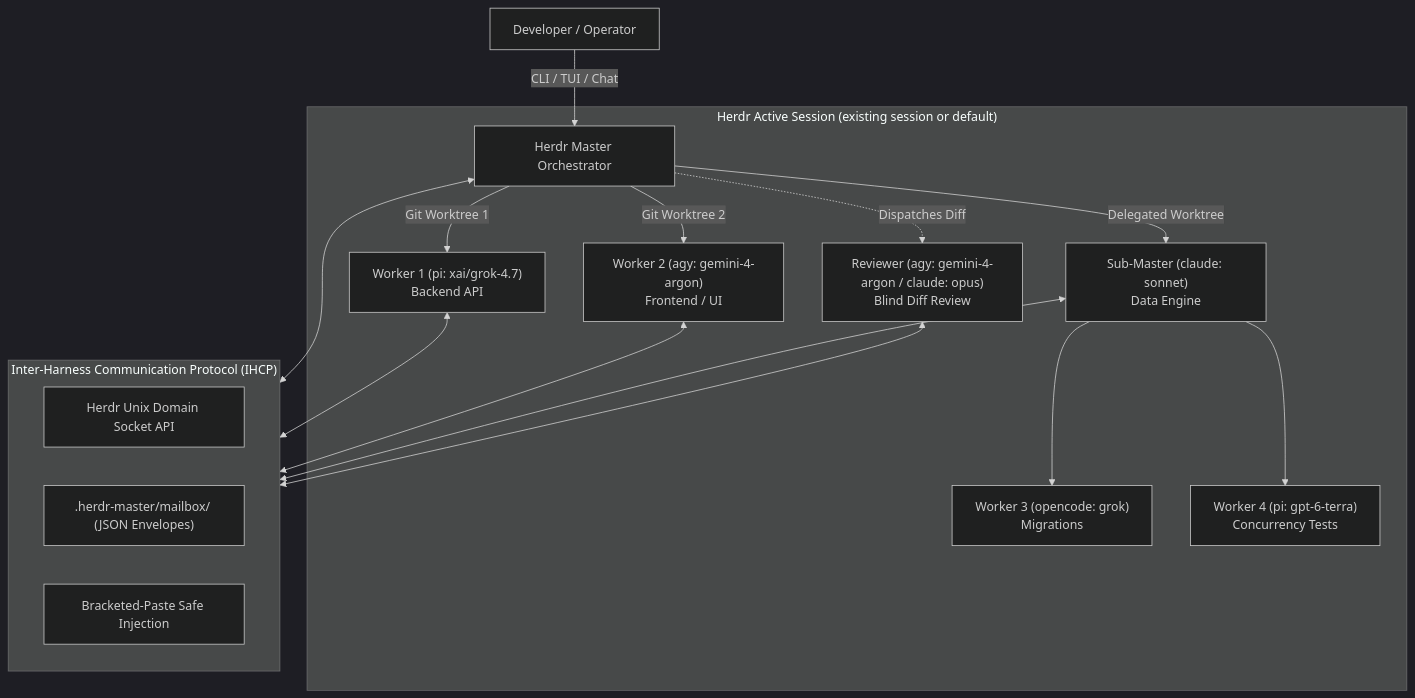
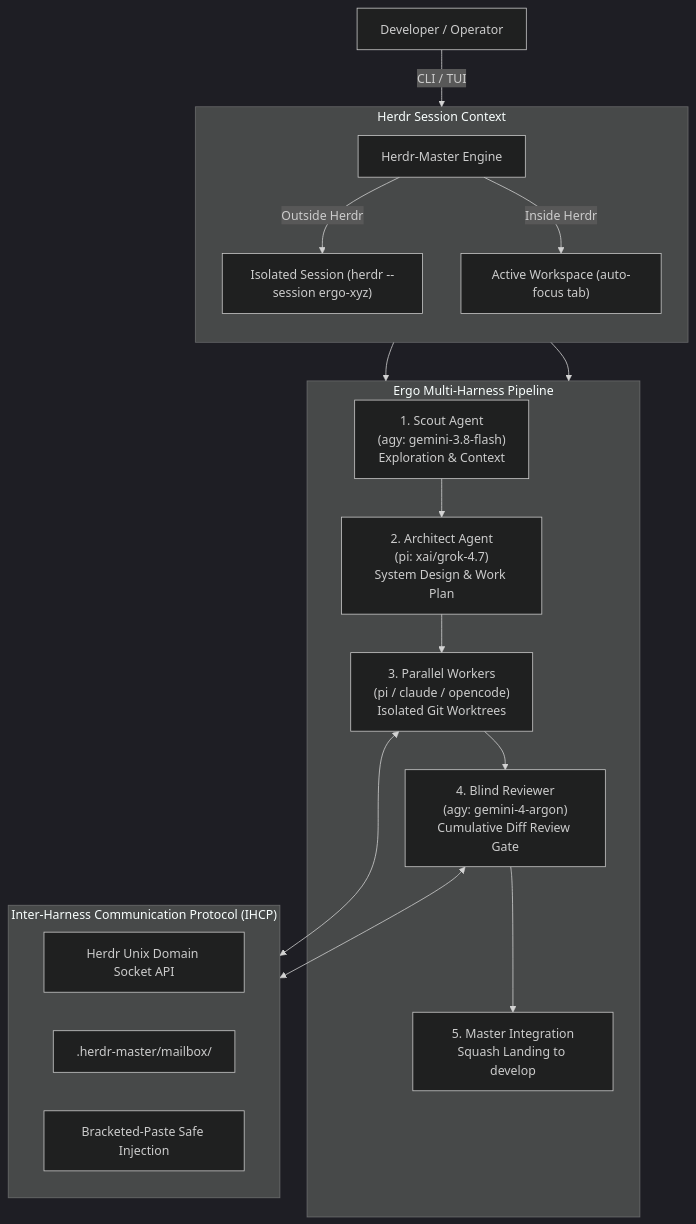
The diagram in README.md (pank85/AiHead-Orchestrator), drawn with Mermaid (dark theme) before and after one commit. The commit also changed other lines of this file, not shown here.

Commit message:
docs: modernize and enrich README with TUI showcase, diagrams, and specs

````diff
--- a/README.md
+++ b/README.md
@@ -36,28 +102,32 @@
 ```mermaid
 graph TD
-    User["Developer / Operator"] -->|CLI / TUI / Chat| Master["Herdr Master Orchestrator"]
+    User["Developer / Operator"] -->|CLI / TUI| Orchestrator["Herdr-Master Engine"]
     
-    subgraph HerdrSession ["Herdr Active Session (existing session or default)"]
-        Master -->|Git Worktree 1| W1["Worker 1 (pi: xai/grok-4.7)<br/>Backend API"]
-        Master -->|Git Worktree 2| W2["Worker 2 (agy: gemini-4-argon)<br/>Frontend / UI"]
-        Master -->|Delegated Worktree| SubM["Sub-Master (claude: sonnet)<br/>Data Engine"]
-        
-        SubM --> W3["Worker 3 (opencode: grok)<br/>Migrations"]
-        SubM --> W4["Worker 4 (pi: gpt-6-terra)<br/>Concurrency Tests"]
+    subgraph ExecutionContext ["Herdr Session Context"]
+        direction TB
+        Orchestrator -->|Outside Herdr| IsolatedSession["Isolated Session (herdr --session ergo-xyz)"]
+        Orchestrator -->|Inside Herdr| ActiveSession["Active Workspace (auto-focus tab)"]
+    end
 
-        Reviewer["Reviewer (agy: gemini-4-argon / claude: opus)<br/>Blind Diff Review"]
-        Master -.->|Dispatches Diff| Reviewer
+    subgraph ErgoPipeline ["Ergo Multi-Harness Pipeline"]
+        Scout["1. Scout Agent<br/>(agy: gemini-3.8-flash)<br/>Exploration & Context"]
+        Architect["2. Architect Agent<br/>(pi: xai/grok-4.7)<br/>System Design & Work Plan"]
+        Pool["3. Parallel Workers<br/>(pi / claude / opencode)<br/>Isolated Git Worktrees"]
+        Reviewer["4. Blind Reviewer<br/>(agy: gemini-4-argon)<br/>Cumulative Diff Review Gate"]
+        Squash["5. Master Integration<br/>Squash Landing to develop"]
+
+        Scout --> Architect --> Pool --> Reviewer --> Squash
     end
+
+    IsolatedSession --> ErgoPipeline
+    ActiveSession --> ErgoPipeline
 
     subgraph IHCP ["Inter-Harness Communication Protocol (IHCP)"]
         Socket["Herdr Unix Domain Socket API"]
-        Mailbox[".herdr-master/mailbox/ (JSON Envelopes)"]
+        Mailbox[".herdr-master/mailbox/"]
         PTY["Bracketed-Paste Safe Injection"]
     end
 
-    Master <--> IHCP
-    W1 <--> IHCP
-    W2 <--> IHCP
-    SubM <--> IHCP
+    Pool <--> IHCP
     Reviewer <--> IHCP
 ```
````
